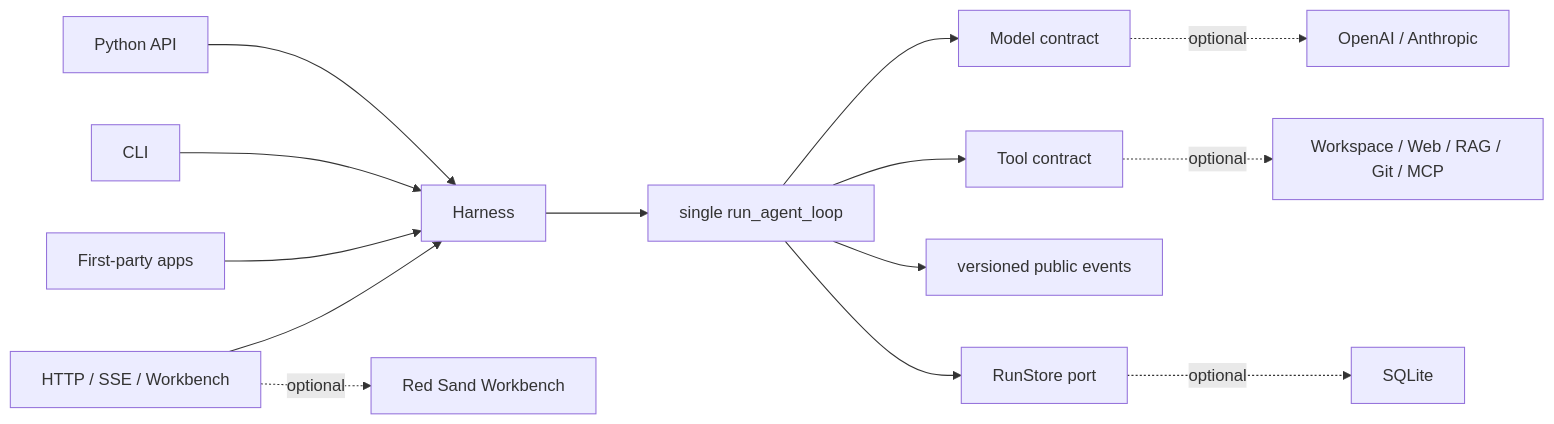
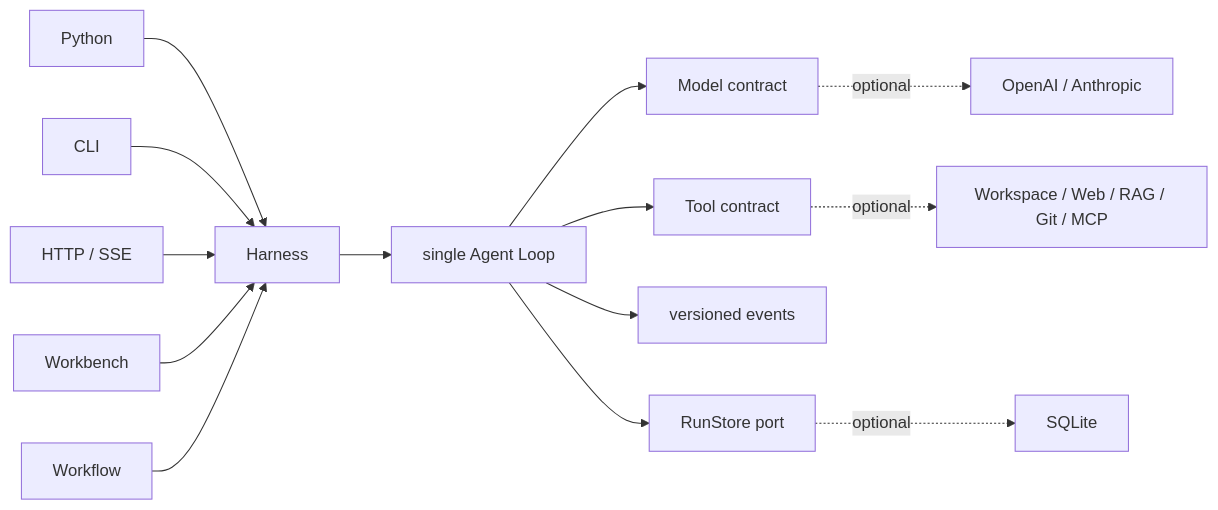
One commit to syusama/sasori changed the diagram in README_ja.md. Above: the diagram before and after it, drawn with Mermaid. The commit also changed other lines of this file and 28 other files, not shown here.

````diff
--- a/README_ja.md
+++ b/README_ja.md
@@ -159,16 +119,16 @@
 ```mermaid
 flowchart LR
-    PY["Python API"] --> H["Harness"]
+    PY["Python"] --> H["Harness"]
     CLI["CLI"] --> H
-    APP["First-party apps"] --> H
-    WEB["HTTP / SSE / Workbench"] --> H
-    H --> LOOP["single run_agent_loop"]
+    HTTP["HTTP / SSE"] --> H
+    UI["Workbench"] --> H
+    WF["Workflow"] --> H
+    H --> LOOP["single Agent Loop"]
     LOOP --> MODEL["Model contract"]
     LOOP --> TOOL["Tool contract"]
-    LOOP --> EVENT["versioned public events"]
+    LOOP --> EVENT["versioned events"]
     LOOP --> STORE["RunStore port"]
     MODEL -. optional .-> PROVIDERS["OpenAI / Anthropic"]
     TOOL -. optional .-> PLUGINS["Workspace / Web / RAG / Git / MCP"]
     STORE -. optional .-> SQLITE["SQLite"]
-    WEB -. optional .-> PRODUCT["Red Sand Workbench"]
 ```
````
